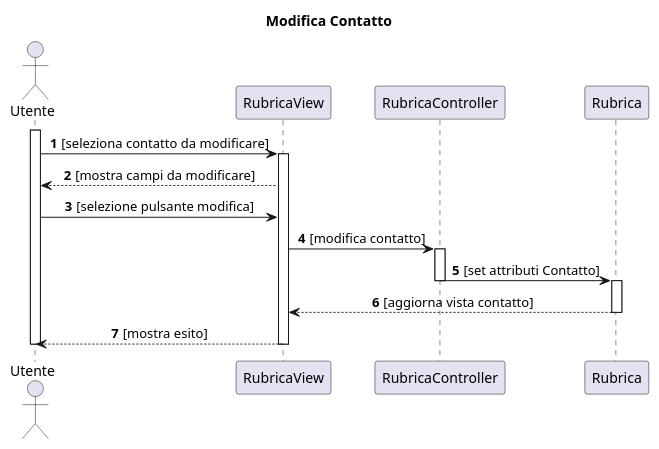
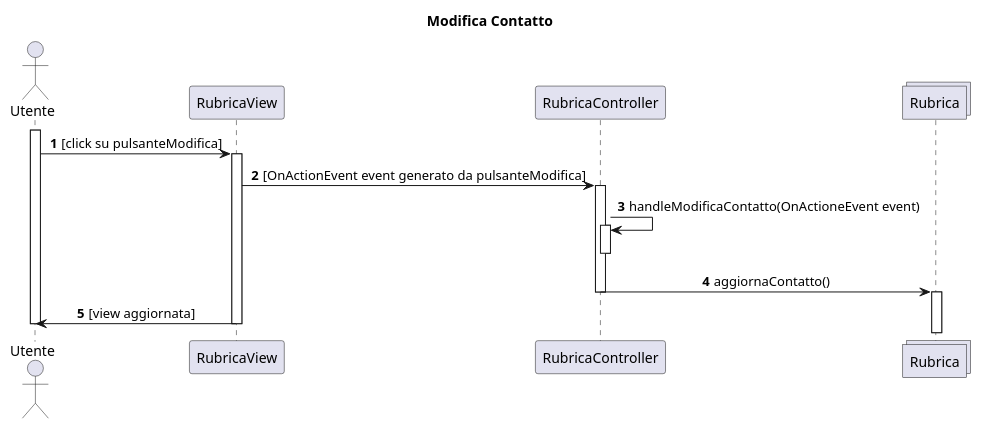
Before and after one commit to emanueletocci/uni-swe-project: the diagram in docs/bozze/Diagrammi/Sequenza/ScenarioModificaContatto.puml, drawn with PlantUML.

Commit message:
diagrammasequenze modifica

```diff
--- a/docs/bozze/Diagrammi/Sequenza/ScenarioModificaContatto.puml
+++ b/docs/bozze/Diagrammi/Sequenza/ScenarioModificaContatto.puml
@@ -1,24 +1,25 @@
 @startuml
 title Modifica Contatto
 autonumber
 actor Utente
 participant RubricaView
 participant RubricaController
-participant Rubrica
+collections Rubrica
 activate Utente
 skinparam sequenceMessageAlign center
-Utente -> RubricaView:[seleziona contatto da modificare]
+Utente->RubricaView: [click su pulsanteModifica]
 activate RubricaView
-RubricaView --> Utente:[mostra campi da modificare]
-Utente -> RubricaView:[selezione pulsante modifica]
-RubricaView -> RubricaController:[modifica contatto]
+RubricaView->RubricaController: [OnActionEvent event generato da pulsanteModifica]
 activate RubricaController
-RubricaController -> Rubrica:[set attributi Contatto]
+RubricaController -> RubricaController:handleModificaContatto(OnActioneEvent event)
+activate RubricaController
+deactivate RubricaController
+RubricaController->Rubrica: aggiornaContatto()
 deactivate RubricaController
 activate Rubrica
-Rubrica --> RubricaView: [aggiorna vista contatto]
 deactivate Rubrica
-RubricaView --> Utente: [mostra esito]
+RubricaView->Utente:[view aggiornata]
+deactivate RubricaView
 deactivate Utente
-deactivate RubricaView
+
 @enduml
```
